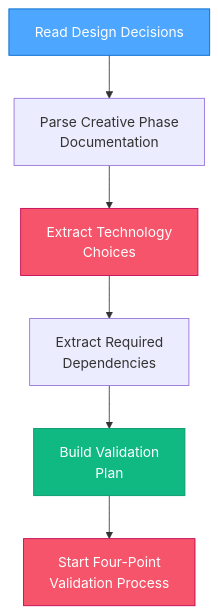
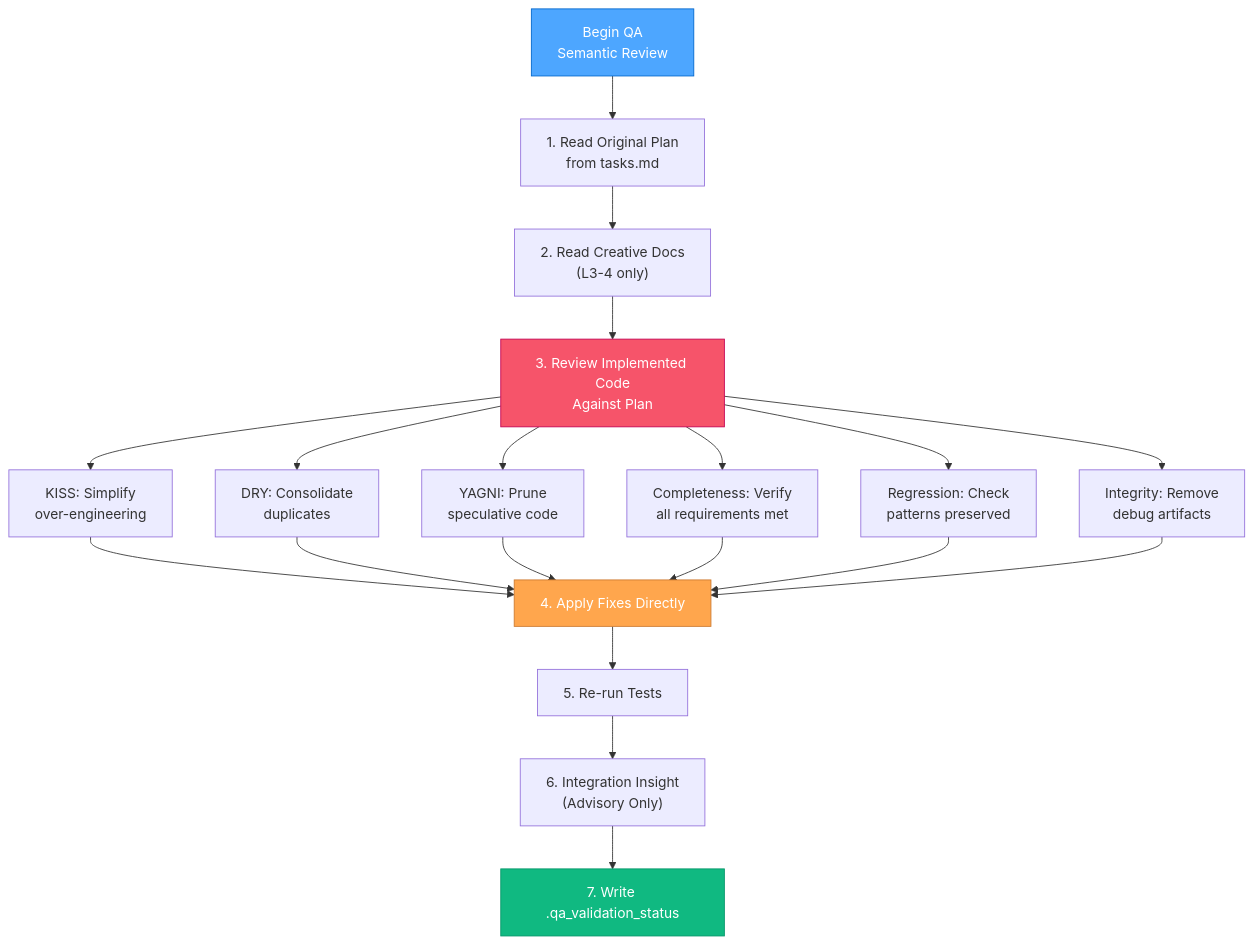
Before and after one commit to Texarkanine/.cursor-rules: the second of 2 diagrams in rulesets/niko/niko/visual-maps/van_mode_split/van-qa-main.mdc, drawn with Mermaid. The commit also changed other lines of this file and 22 other files, not shown here.

````diff
--- a/rulesets/niko/niko/visual-maps/van_mode_split/van-qa-main.mdc
+++ b/rulesets/niko/niko/visual-maps/van_mode_split/van-qa-main.mdc
@@ -99,13 +39,23 @@
 ```mermaid
 graph TD
-    Start["Read Design Decisions"] --> ReadCreative["Parse Creative Phase<br>Documentation"]
-    ReadCreative --> ExtractTech["Extract Technology<br>Choices"]
-    ExtractTech --> ExtractDeps["Extract Required<br>Dependencies"]
-    ExtractDeps --> BuildValidationPlan["Build Validation<br>Plan"]
-    BuildValidationPlan --> StartValidation["Start Four-Point<br>Validation Process"]
-    
+    Start["Begin QA<br>Semantic Review"] --> ReadPlan["1. Read Original Plan<br>from tasks.md"]
+    ReadPlan --> ReadCreative["2. Read Creative Docs<br>(L3-4 only)"]
+    ReadCreative --> ReviewCode["3. Review Implemented Code<br>Against Plan"]
+
+    ReviewCode --> KISS["KISS: Simplify<br>over-engineering"]
+    ReviewCode --> DRY["DRY: Consolidate<br>duplicates"]
+    ReviewCode --> YAGNI["YAGNI: Prune<br>speculative code"]
+    ReviewCode --> Completeness["Completeness: Verify<br>all requirements met"]
+    ReviewCode --> Regression["Regression: Check<br>patterns preserved"]
+    ReviewCode --> Integrity["Integrity: Remove<br>debug artifacts"]
+
+    KISS & DRY & YAGNI & Completeness & Regression & Integrity --> ApplyFixes["4. Apply Fixes Directly"]
+    ApplyFixes --> ReTest["5. Re-run Tests"]
+    ReTest --> IntegrationInsight["6. Integration Insight<br>(Advisory Only)"]
+    IntegrationInsight --> WriteStatus["7. Write .qa_validation_status"]
+
     style Start fill:#4da6ff,stroke:#0066cc,color:white
-    style ExtractTech fill:#f6546a,stroke:#c30052,color:white
-    style BuildValidationPlan fill:#10b981,stroke:#059669,color:white
-    style StartValidation fill:#f6546a,stroke:#c30052,color:white
+    style ReviewCode fill:#f6546a,stroke:#c30052,color:white
+    style ApplyFixes fill:#ffa64d,stroke:#cc7a30,color:white
+    style WriteStatus fill:#10b981,stroke:#059669,color:white
 ```
````
